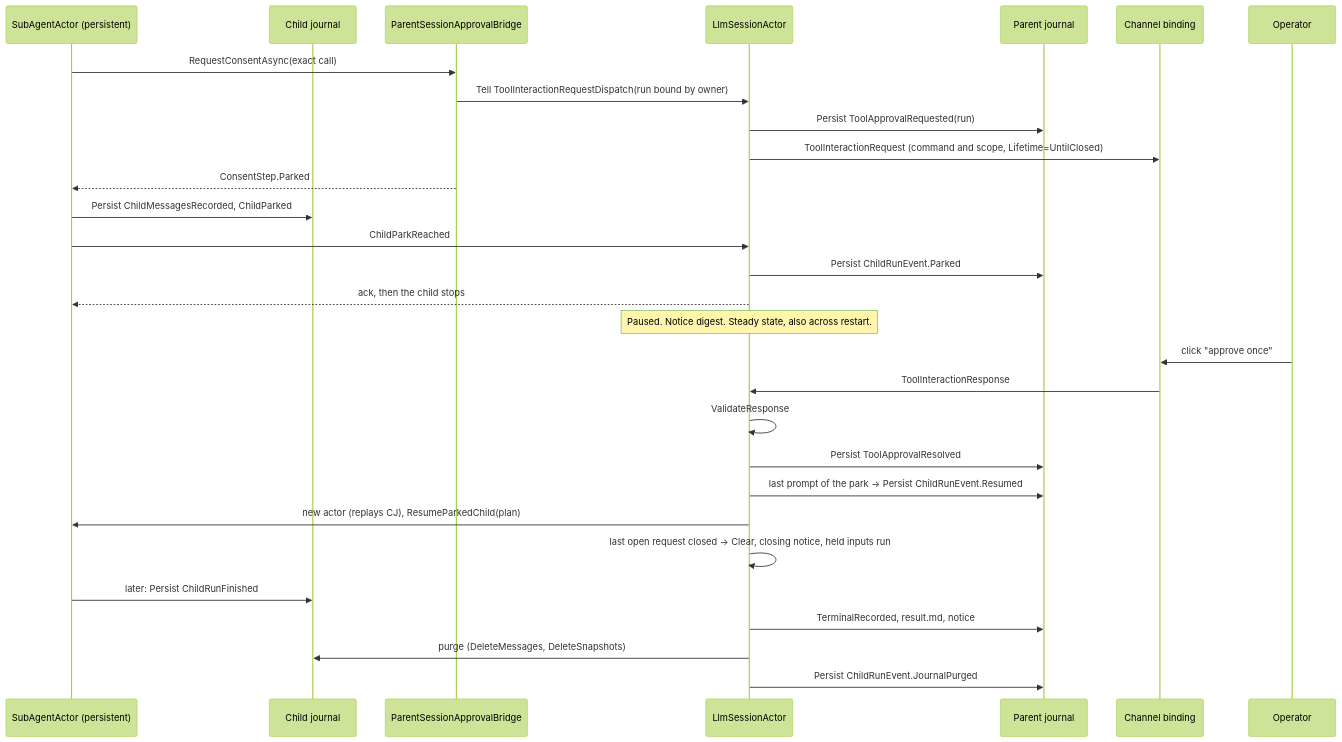
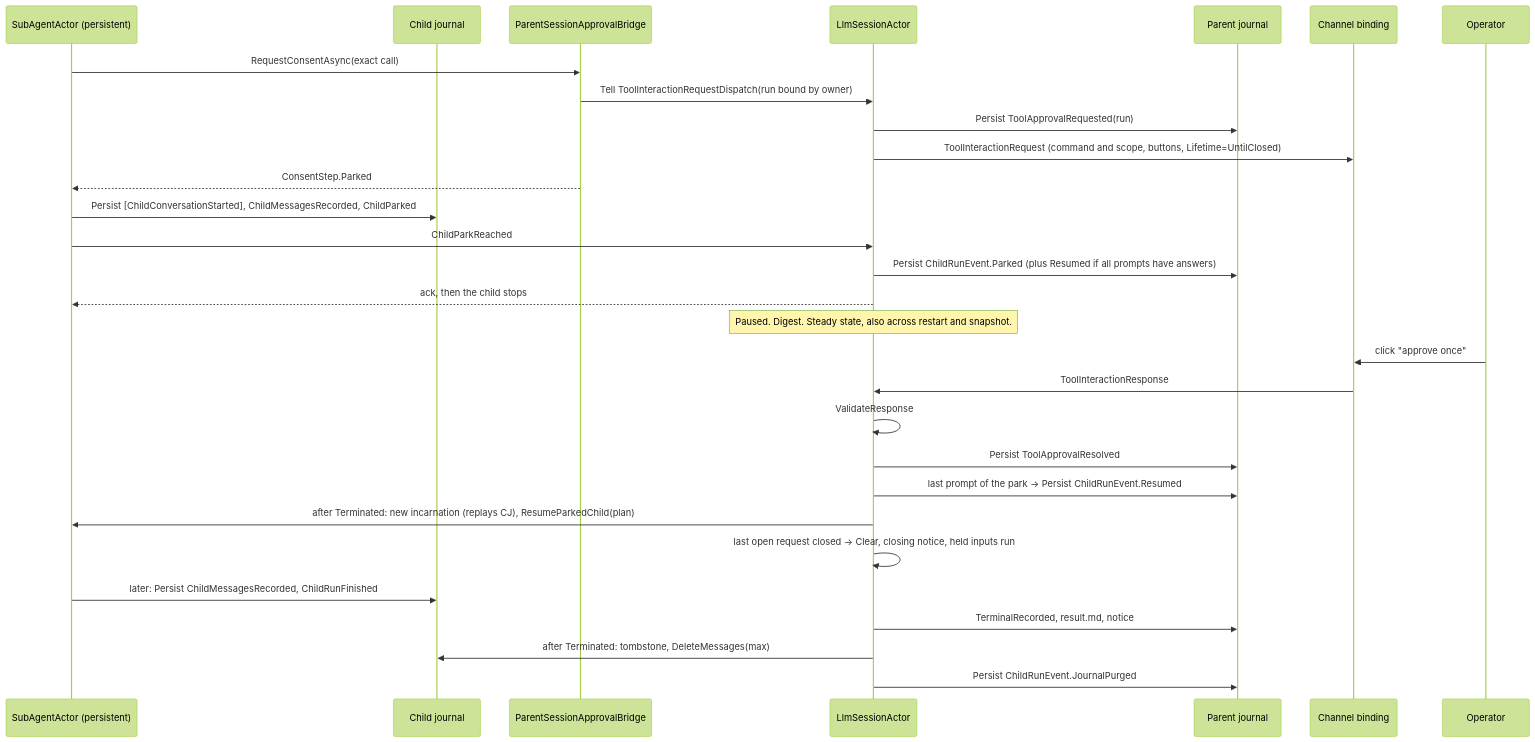
Before and after one commit to netclaw-dev/netclaw: the third of 3 diagrams in openspec/changes/child-approval-events-and-parent-pause/design.md, drawn with Mermaid (forest theme). The commit also changed other lines of this file and 10 other files, not shown here.

````diff
--- a/openspec/changes/child-approval-events-and-parent-pause/design.md
+++ b/openspec/changes/child-approval-events-and-parent-pause/design.md
@@ -538,31 +561,31 @@
 ```mermaid
 sequenceDiagram
     participant Child as SubAgentActor (persistent)
     participant CJ as Child journal
     participant Bridge as ParentSessionApprovalBridge
     participant Parent as LlmSessionActor
     participant PJ as Parent journal
     participant Ch as Channel binding
     participant Op as Operator
     Child->>Bridge: RequestConsentAsync(exact call)
     Bridge->>Parent: Tell ToolInteractionRequestDispatch(run bound by owner)
     Parent->>PJ: Persist ToolApprovalRequested(run)
-    Parent->>Ch: ToolInteractionRequest (command and scope, Lifetime=UntilClosed)
+    Parent->>Ch: ToolInteractionRequest (command and scope, buttons, Lifetime=UntilClosed)
     Bridge-->>Child: ConsentStep.Parked
-    Child->>CJ: Persist ChildMessagesRecorded, ChildParked
+    Child->>CJ: Persist [ChildConversationStarted], ChildMessagesRecorded, ChildParked
     Child->>Parent: ChildParkReached
-    Parent->>PJ: Persist ChildRunEvent.Parked
+    Parent->>PJ: Persist ChildRunEvent.Parked (plus Resumed if all prompts have answers)
     Parent-->>Child: ack, then the child stops
-    Note over Parent: Paused. Notice digest. Steady state, also across restart.
+    Note over Parent: Paused. Digest. Steady state, also across restart and snapshot.
     Op->>Ch: click "approve once"
     Ch->>Parent: ToolInteractionResponse
     Parent->>Parent: ValidateResponse
     Parent->>PJ: Persist ToolApprovalResolved
     Parent->>PJ: last prompt of the park -> Persist ChildRunEvent.Resumed
-    Parent->>Child: new actor (replays CJ), ResumeParkedChild(plan)
+    Parent->>Child: after Terminated: new incarnation (replays CJ), ResumeParkedChild(plan)
     Parent->>Parent: last open request closed -> Clear, closing notice, held inputs run
-    Child->>CJ: later: Persist ChildRunFinished
+    Child->>CJ: later: Persist ChildMessagesRecorded, ChildRunFinished
     Parent->>PJ: TerminalRecorded, result.md, notice
-    Parent->>CJ: purge (DeleteMessages, DeleteSnapshots)
+    Parent->>CJ: after Terminated: tombstone, DeleteMessages(max)
     Parent->>PJ: Persist ChildRunEvent.JournalPurged
 ```
````
